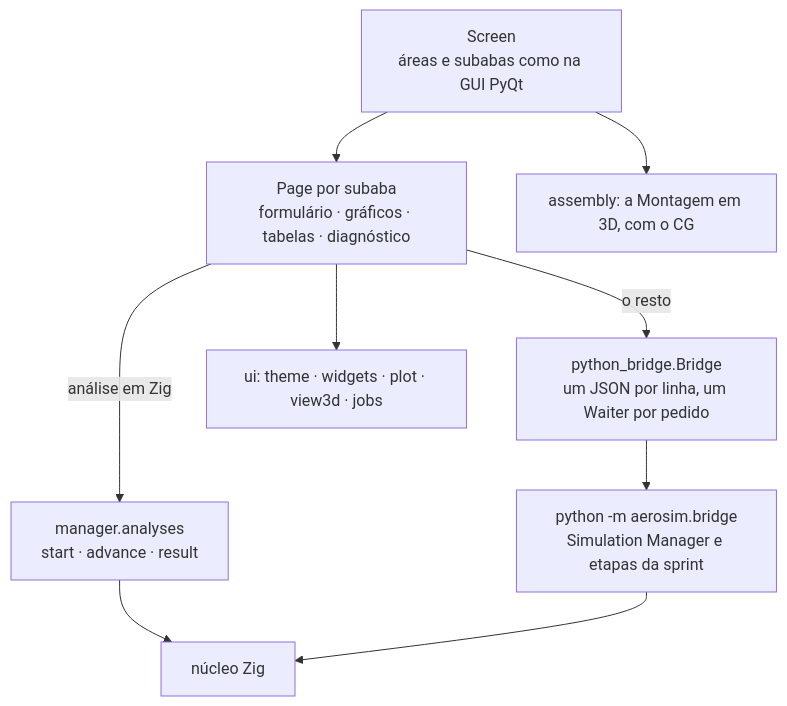
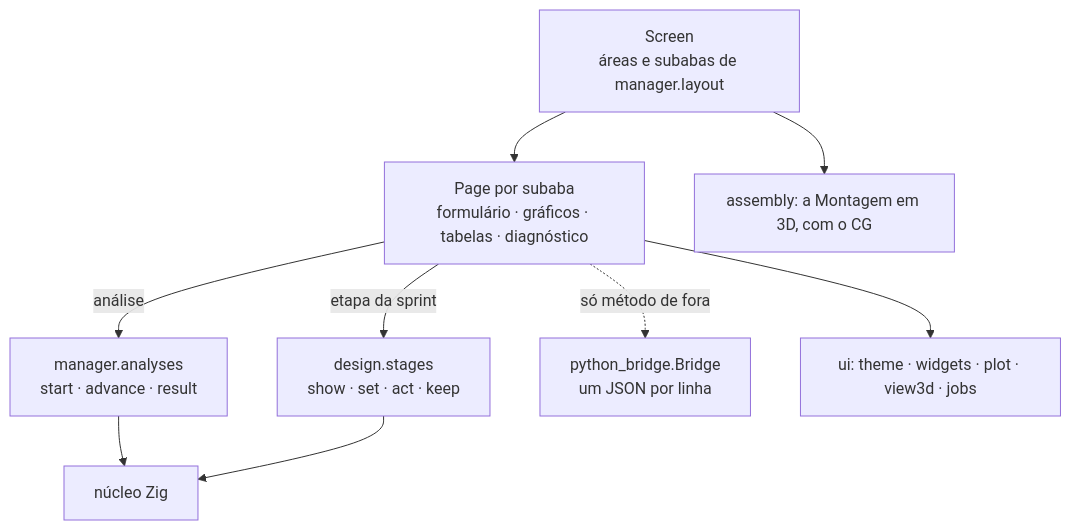
The diagram in aerosim/gui/README_zig.md (vitordallolivo/AircraftSimulation), drawn with Mermaid before and after one commit. The commit also changed other lines of this file and 15 other files, not shown here.

First line of the commit message:
Docs: tracking, changelog, READMEs e prints das etapas e do Mini-MDO em Zig

````diff
--- a/aerosim/gui/README_zig.md
+++ b/aerosim/gui/README_zig.md
@@ -11,10 +13,10 @@
 ```mermaid
 flowchart TB
-    SC["Screen<br/>áreas e subabas como na GUI PyQt"] --> PG["Page por subaba<br/>formulário · gráficos · tabelas · diagnóstico"]
+    SC["Screen<br/>áreas e subabas de manager.layout"] --> PG["Page por subaba<br/>formulário · gráficos · tabelas · diagnóstico"]
     SC --> AS["assembly: a Montagem em 3D, com o CG"]
-    PG -->|"análise em Zig"| MZ["manager.analyses<br/>start · advance · result"]
-    PG -->|"o resto"| BR["python_bridge.Bridge<br/>um JSON por linha, um Waiter por pedido"]
-    BR --> PY["python -m aerosim.bridge<br/>Simulation Manager e etapas da sprint"]
-    MZ & PY --> CORE["núcleo Zig"]
+    PG -->|"análise"| MZ["manager.analyses<br/>start · advance · result"]
+    PG -->|"etapa da sprint"| ST["design.stages<br/>show · set · act · keep"]
+    PG -.->|"só método de fora"| BR["python_bridge.Bridge<br/>um JSON por linha"]
+    MZ & ST --> CORE["núcleo Zig"]
     PG --> UI["ui: theme · widgets · plot · view3d · jobs"]
 ```
````
